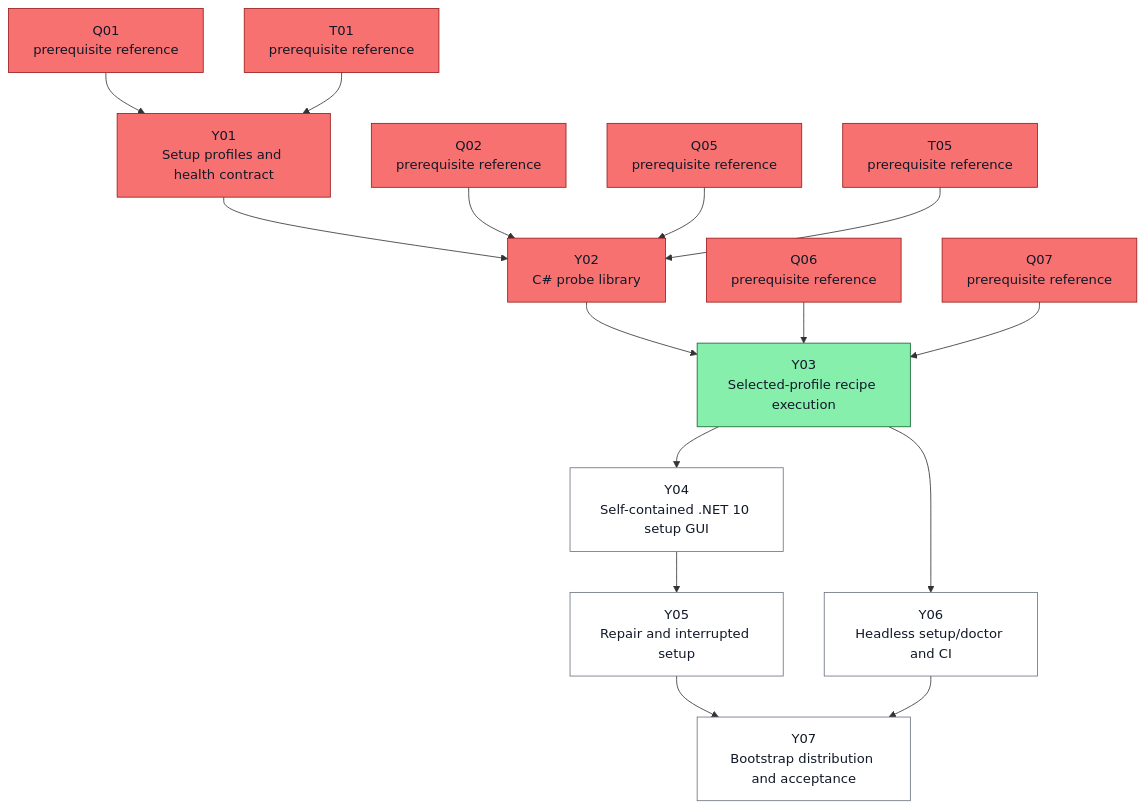
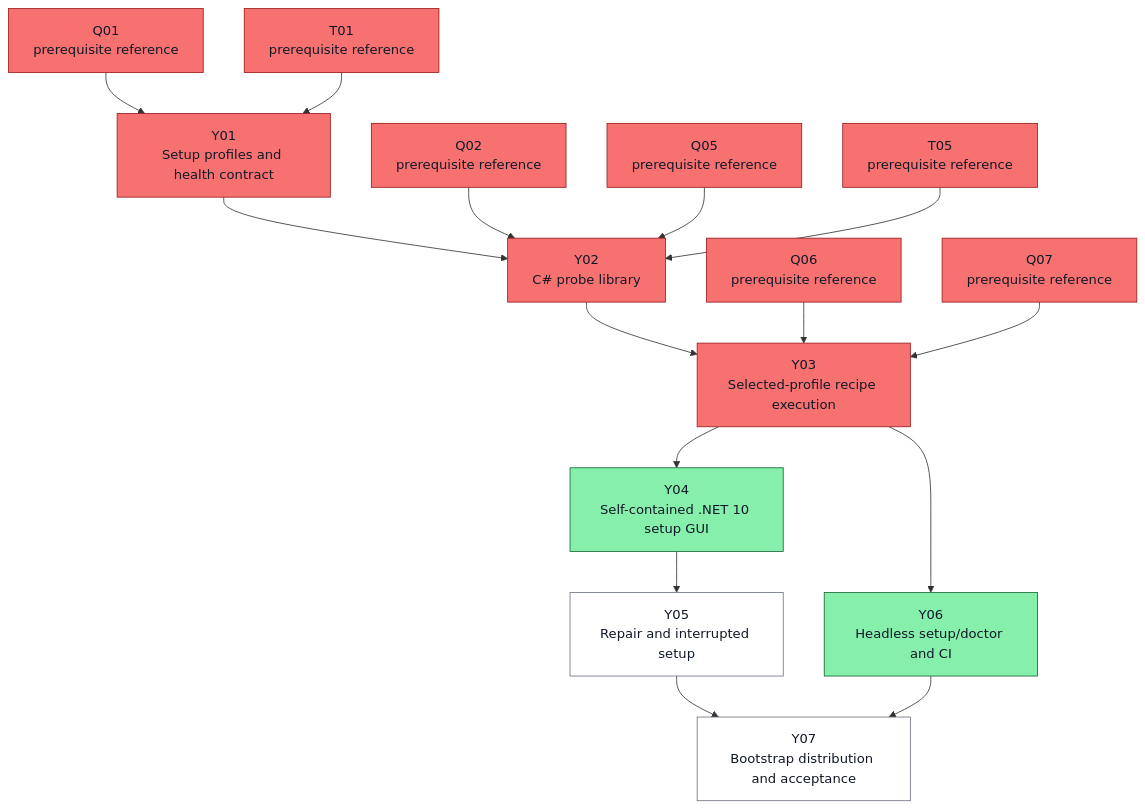
Diagram 25 of 25 in docs/task-dependencies.md (ocarizr/spaceraiders), drawn with Mermaid before and after one commit. The commit also changed other lines of this file and 8 other files, not shown here.

First line of the commit message:
feat(Y03): add selected-profile recipe execution (#23)

````diff
--- a/docs/task-dependencies.md
+++ b/docs/task-dependencies.md
@@ -1299,34 +1302,34 @@
 ```mermaid
 flowchart TD
     ref_Y_Q01["Q01<br/>prerequisite reference"]:::done
     ref_Y_Q02["Q02<br/>prerequisite reference"]:::done
     ref_Y_Q05["Q05<br/>prerequisite reference"]:::done
     ref_Y_Q06["Q06<br/>prerequisite reference"]:::done
     ref_Y_Q07["Q07<br/>prerequisite reference"]:::done
     ref_Y_T01["T01<br/>prerequisite reference"]:::done
     ref_Y_T05["T05<br/>prerequisite reference"]:::done
     Y01["Y01<br/>Setup profiles and health contract"]:::done
     Y02["Y02<br/>C# probe library"]:::done
-    Y03["Y03<br/>Selected-profile recipe execution"]:::ready
-    Y04["Y04<br/>Self-contained .NET 10 setup GUI"]:::pending
+    Y03["Y03<br/>Selected-profile recipe execution"]:::done
+    Y04["Y04<br/>Self-contained .NET 10 setup GUI"]:::ready
     Y05["Y05<br/>Repair and interrupted setup"]:::pending
-    Y06["Y06<br/>Headless setup/doctor and CI"]:::pending
+    Y06["Y06<br/>Headless setup/doctor and CI"]:::ready
     Y07["Y07<br/>Bootstrap distribution and acceptance"]:::pending
     ref_Y_Q01 --> Y01
     ref_Y_T01 --> Y01
     Y01 --> Y02
     ref_Y_Q02 --> Y02
     ref_Y_Q05 --> Y02
     ref_Y_T05 --> Y02
     Y02 --> Y03
     ref_Y_Q06 --> Y03
     ref_Y_Q07 --> Y03
     Y03 --> Y04
     Y04 --> Y05
     Y03 --> Y06
     Y05 --> Y07
     Y06 --> Y07
     classDef pending fill:#ffffff,stroke:#6b7280,color:#111827
     classDef ready fill:#86efac,stroke:#166534,color:#111827
     classDef done fill:#f87171,stroke:#991b1b,color:#111827
 ```
````
